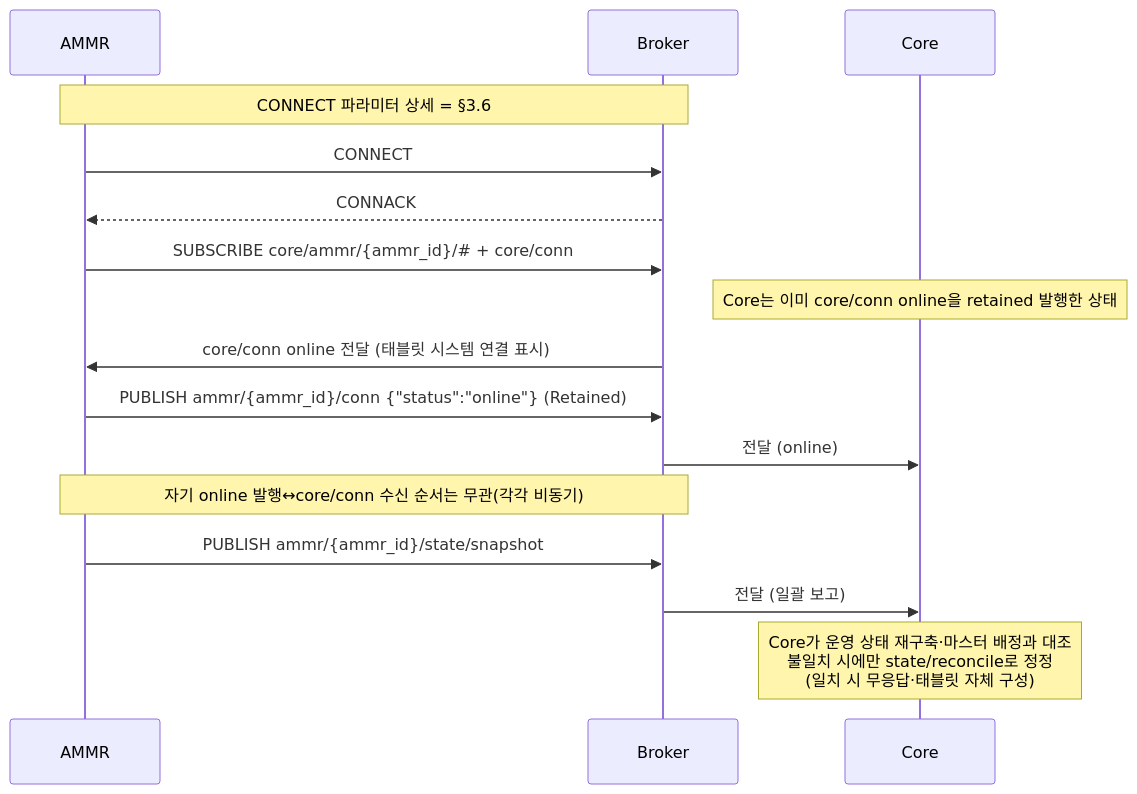
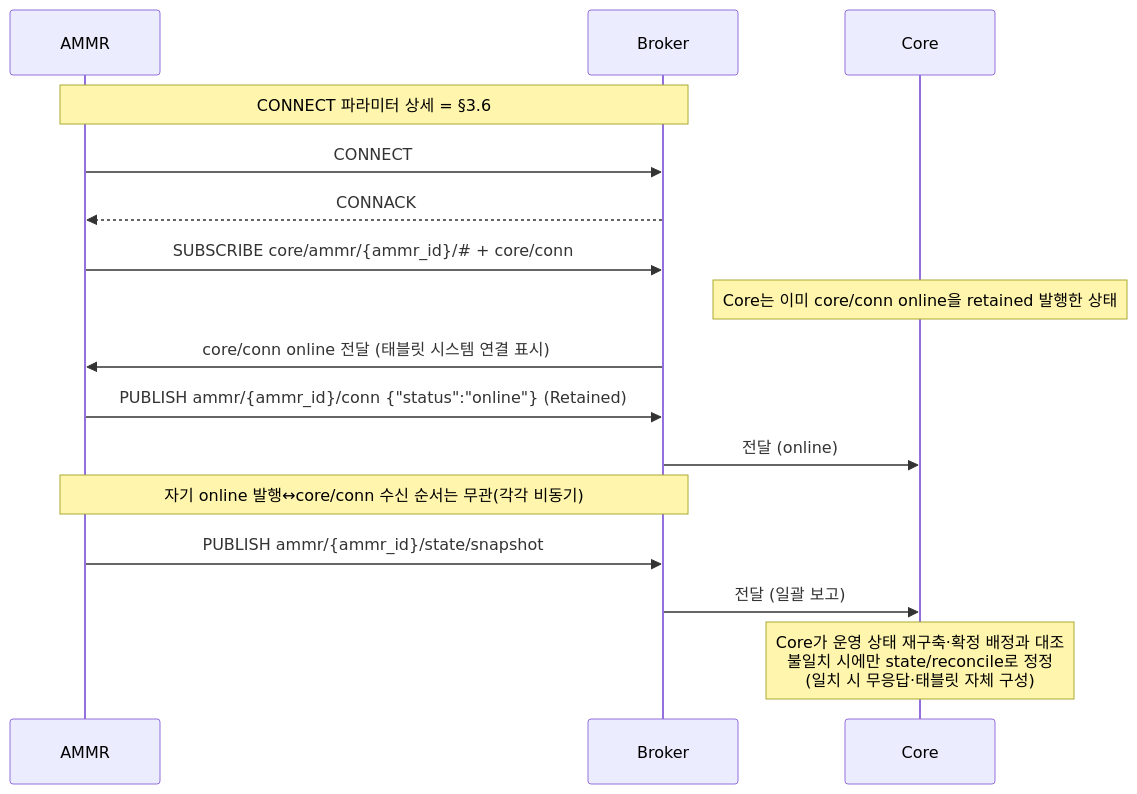
Before and after one commit to kimminsu0315/Core-Docs: the sixth of 13 diagrams in docs/out/Core_ICD_AMMR.md, drawn with Mermaid. The commit also changed other lines of this file and 7 other files, not shown here.

````diff
--- a/docs/out/Core_ICD_AMMR.md
+++ b/docs/out/Core_ICD_AMMR.md
@@ -1131,19 +1185,19 @@
 ```mermaid
 sequenceDiagram
     participant A as AMMR
     participant B as Broker
     participant C as Core
 
     Note over A,B: CONNECT 파라미터 상세 = §3.6
     A->>B: CONNECT
     B-->>A: CONNACK
     A->>B: SUBSCRIBE core/ammr/{ammr_id}/#35; + core/conn
     Note over C: Core는 이미 core/conn online을 retained 발행한 상태
     B->>A: core/conn online 전달 (태블릿 시스템 연결 표시)
     A->>B: PUBLISH ammr/{ammr_id}/conn {"status":"online"} (Retained)
     B->>C: 전달 (online)
     Note over A,B: 자기 online 발행↔core/conn 수신 순서는 무관(각각 비동기)
     A->>B: PUBLISH ammr/{ammr_id}/state/snapshot
     B->>C: 전달 (일괄 보고)
-    Note over C: Core가 운영 상태 재구축·마스터 배정과 대조<br/>불일치 시에만 state/reconcile로 정정<br/>(일치 시 무응답·태블릿 자체 구성)
+    Note over C: Core가 운영 상태 재구축·확정 배정과 대조<br/>불일치 시에만 state/reconcile로 정정<br/>(일치 시 무응답·태블릿 자체 구성)
 ```
````
